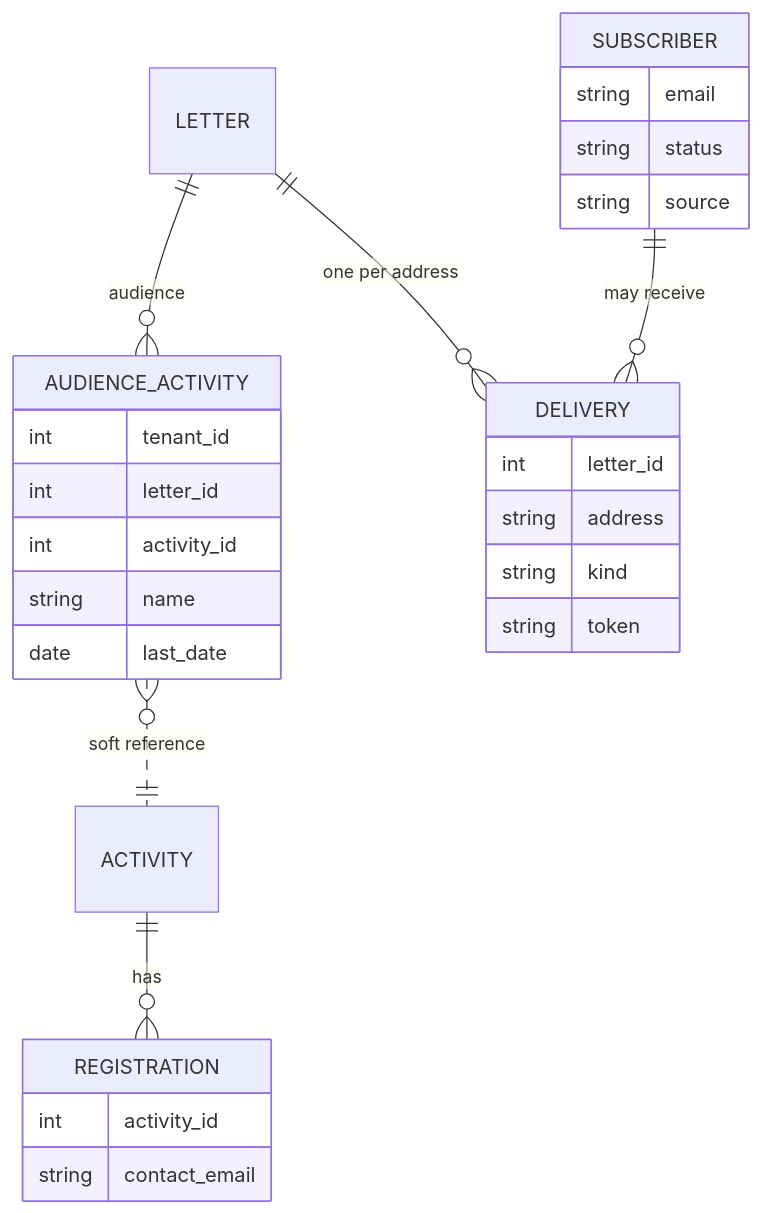
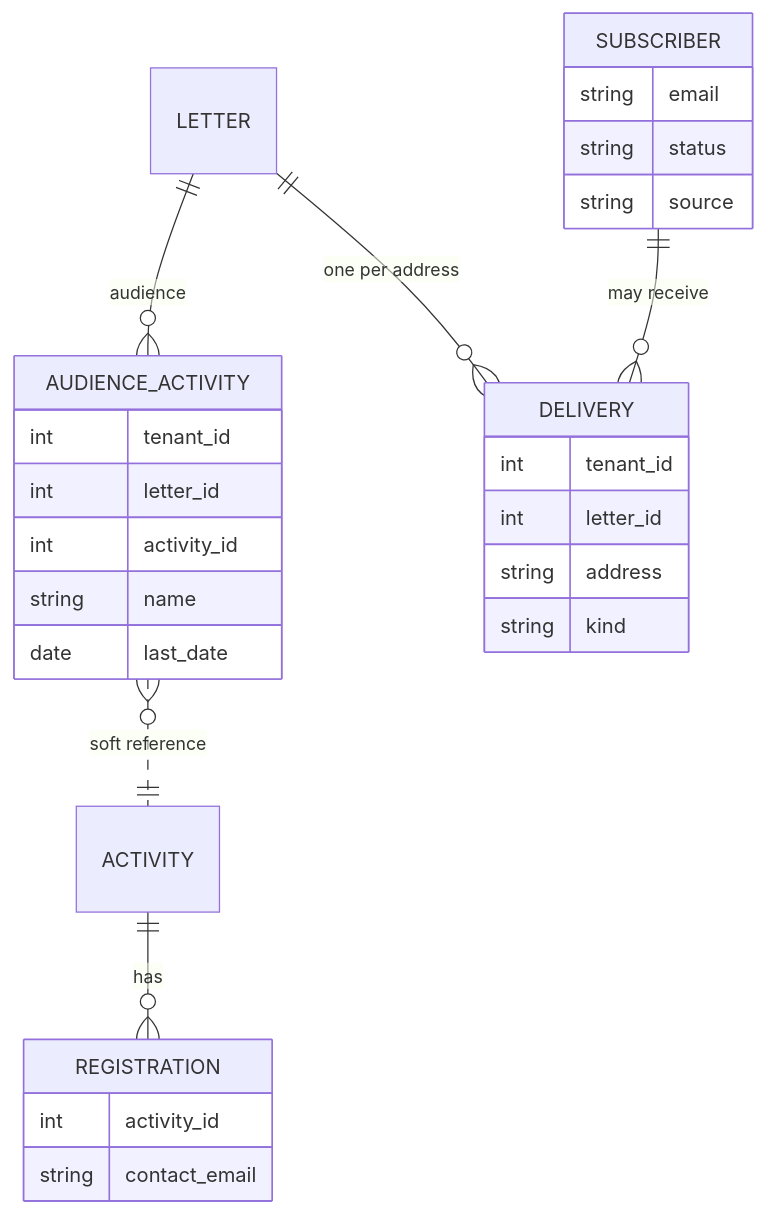
The fifth of 5 diagrams in docs/change_request_36_newsletter_past_participants.md (KoenRenders/KoenTest), drawn with Mermaid before and after one commit. The commit also changed other lines of this file, not shown here.

First line of the commit message:
docs(cr-36): the architecture review taken in — erase keeps the opt-out, the meaning of source, a signed link instead of a stored token, one re-check, the CR-33 boundary

````diff
--- a/docs/change_request_36_newsletter_past_participants.md
+++ b/docs/change_request_36_newsletter_past_participants.md
@@ -219,12 +219,12 @@
 ```mermaid
 erDiagram
   LETTER ||--o{ AUDIENCE_ACTIVITY : "audience"
   AUDIENCE_ACTIVITY }o..|| ACTIVITY : "soft reference"
   LETTER ||--o{ DELIVERY : "one per address"
   SUBSCRIBER ||--o{ DELIVERY : "may receive"
   ACTIVITY ||--o{ REGISTRATION : "has"
   AUDIENCE_ACTIVITY { int tenant_id int letter_id int activity_id string name date last_date }
-  DELIVERY { int letter_id string address string kind string token }
+  DELIVERY { int tenant_id int letter_id string address string kind }
   SUBSCRIBER { string email string status string source }
   REGISTRATION { int activity_id string contact_email }
 ```
````
